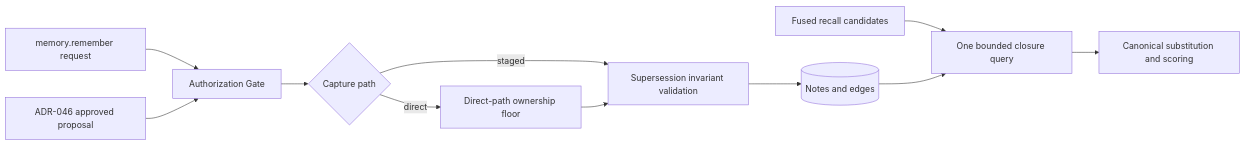
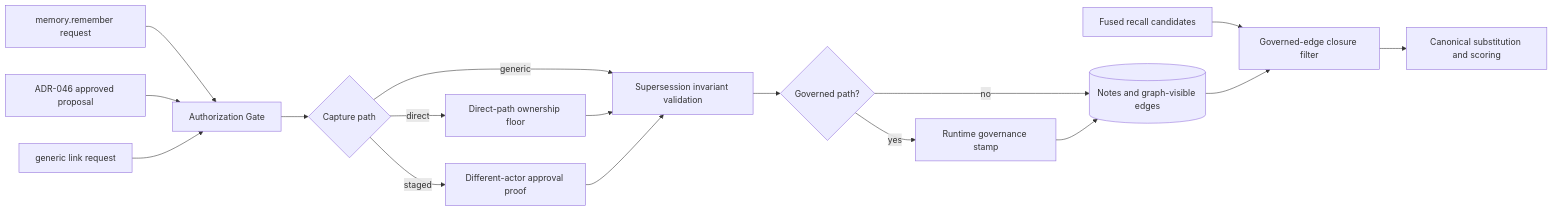
One commit to ohdearquant/khive changed the first of 2 diagrams in docs/adr/ADR-157-supersession-chain-canonicalization.md. Above: the diagram before and after it, drawn with Mermaid. The commit also changed other lines of this file, not shown here.

Commit message:
docs(adr): canonicalization honors only runtime-attributed supersession edges (ADR-157)

````diff
--- a/docs/adr/ADR-157-supersession-chain-canonicalization.md
+++ b/docs/adr/ADR-157-supersession-chain-canonicalization.md
@@ -67,13 +73,19 @@
 ```mermaid
 flowchart LR
   W["memory.remember request"] --> G["Authorization Gate"]
   P["ADR-046 approved proposal"] --> G
+  L["generic link request"] --> G
   G --> D{"Capture path"}
   D -->|direct| O["Direct-path ownership floor"]
-  D -->|staged| V
+  D -->|staged| A["Different-actor approval proof"]
+  D -->|generic| V
   O --> V["Supersession invariant validation"]
-  V --> S[("Notes and edges")]
-  R["Fused recall candidates"] --> C["One bounded closure query"]
+  A --> V
+  V --> E{"Governed path?"}
+  E -->|yes| T["Runtime governance stamp"]
+  E -->|no| S[("Notes and graph-visible edges")]
+  T --> S
+  R["Fused recall candidates"] --> C["Governed-edge closure filter"]
   S --> C
   C --> Q["Canonical substitution and scoring"]
 ```
````
